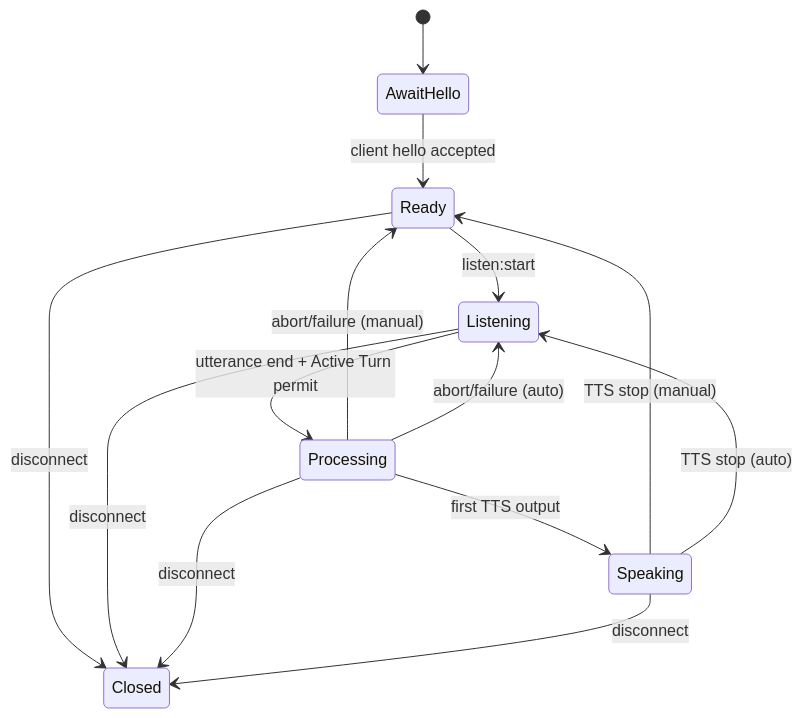
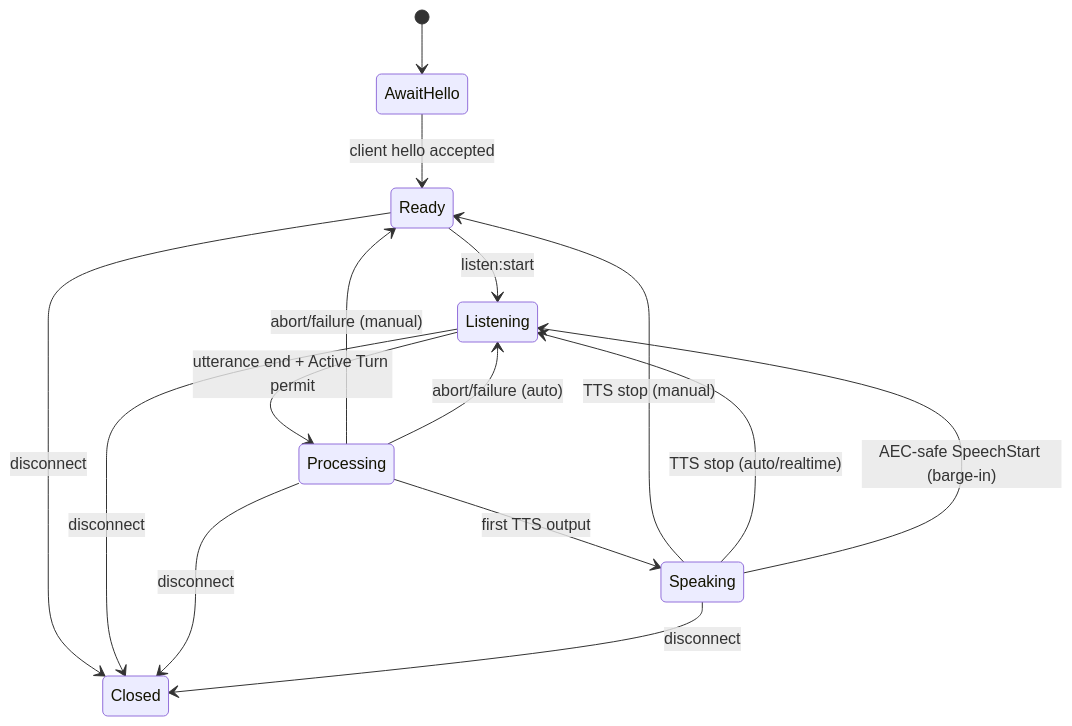
Before and after one commit to hailp-vn38/ai-agent-voice: the third of 3 diagrams in docs/01-system-architecture.md, drawn with Mermaid. The commit also changed other lines of this file and 21 other files, not shown here.

````diff
--- a/docs/01-system-architecture.md
+++ b/docs/01-system-architecture.md
@@ -90,16 +90,17 @@
 ```mermaid
 stateDiagram-v2
     [*] --> AwaitHello
     AwaitHello --> Ready: client hello accepted
     Ready --> Listening: listen:start
     Listening --> Processing: utterance end + Active Turn permit
     Processing --> Speaking: first TTS output
     Speaking --> Ready: TTS stop (manual)
-    Speaking --> Listening: TTS stop (auto)
+    Speaking --> Listening: TTS stop (auto/realtime)
+    Speaking --> Listening: AEC-safe SpeechStart (barge-in)
     Processing --> Ready: abort/failure (manual)
     Processing --> Listening: abort/failure (auto)
     Ready --> Closed: disconnect
     Listening --> Closed: disconnect
     Processing --> Closed: disconnect
     Speaking --> Closed: disconnect
 ```
````
